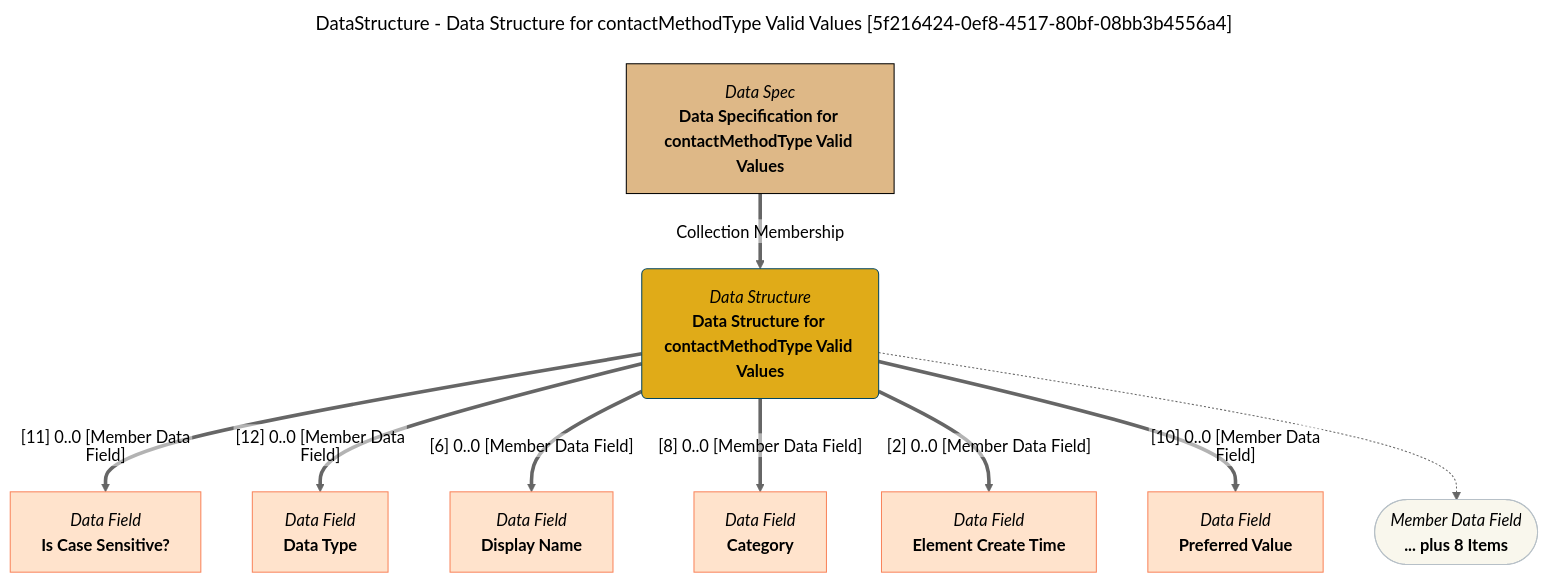
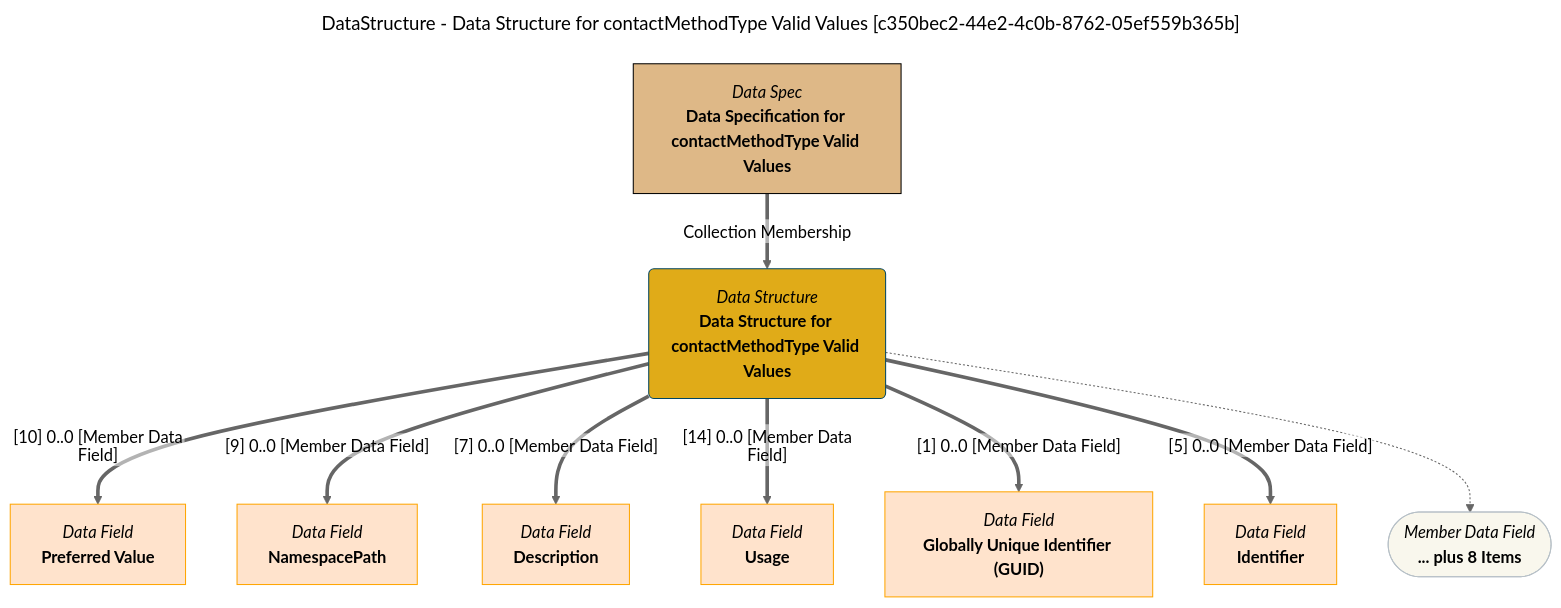
One commit to odpi/egeria-docs changed the diagram in site/snippets/data-structures/data-structure-for-contactmethodtype-valid-values-mermaid-graph.md. Above: the diagram before and after it, drawn with Mermaid (neutral theme). The commit also changed 2201 other files, not shown here.

````diff
--- a/site/snippets/data-structures/data-structure-for-contactmethodtype-valid-values-mermaid-graph.md
+++ b/site/snippets/data-structures/data-structure-for-contactmethodtype-valid-values-mermaid-graph.md
@@ -1,43 +1,43 @@
 ```mermaid
 ---
-title: DataStructure - Data Structure for contactMethodType Valid Values [5f216424-0ef8-4517-80bf-08bb3b4556a4]
+title: DataStructure - Data Structure for contactMethodType Valid Values [c350bec2-44e2-4c0b-8762-05ef559b365b]
 ---
 flowchart TD
 %%{init: {"flowchart": {"htmlLabels": false}} }%%
 
 1@{ shape: rounded, label: "*Data Structure*
 **Data Structure for contactMethodType Valid Values**"}
 2@{ shape: rect, label: "*Data Spec*
 **Data Specification for contactMethodType Valid Values**"}
 2==>|"Collection Membership"|1
 3@{ shape: rect, label: "*Data Field*
-**Is Case Sensitive?**"}
-1==>|"[11] 0..0 [Member Data Field]"|3
+**Preferred Value**"}
+1==>|"[10] 0..0 [Member Data Field]"|3
 4@{ shape: rect, label: "*Data Field*
-**Data Type**"}
-1==>|"[12] 0..0 [Member Data Field]"|4
+**NamespacePath**"}
+1==>|"[9] 0..0 [Member Data Field]"|4
 5@{ shape: rect, label: "*Data Field*
-**Display Name**"}
-1==>|"[6] 0..0 [Member Data Field]"|5
+**Description**"}
+1==>|"[7] 0..0 [Member Data Field]"|5
 6@{ shape: rect, label: "*Data Field*
-**Category**"}
-1==>|"[8] 0..0 [Member Data Field]"|6
+**Usage**"}
+1==>|"[14] 0..0 [Member Data Field]"|6
 7@{ shape: rect, label: "*Data Field*
-**Element Create Time**"}
-1==>|"[2] 0..0 [Member Data Field]"|7
+**Globally Unique Identifier (GUID)**"}
+1==>|"[1] 0..0 [Member Data Field]"|7
 8@{ shape: rect, label: "*Data Field*
-**Preferred Value**"}
-1==>|"[10] 0..0 [Member Data Field]"|8
+**Identifier**"}
+1==>|"[5] 0..0 [Member Data Field]"|8
 9@{ shape: stadium, label: "*Member Data Field*
 **... plus 8 Items**"}
 1-.->9
 style 1 color:#000000, fill:#e0ab18, stroke:#004563
-style 2 color:#000000, fill:#deb887, stroke:#000000
-style 3 color:#000000, fill:#ffe3cc, stroke:#f9845b
-style 4 color:#000000, fill:#ffe3cc, stroke:#f9845b
-style 5 color:#000000, fill:#ffe3cc, stroke:#f9845b
-style 6 color:#000000, fill:#ffe3cc, stroke:#f9845b
-style 7 color:#000000, fill:#ffe3cc, stroke:#f9845b
-style 8 color:#000000, fill:#ffe3cc, stroke:#f9845b
+style 2 color:#000000, fill:#DEB887, stroke:#000000
+style 3 color:#000000, fill:#ffe3cc, stroke:#FFA500
+style 4 color:#000000, fill:#ffe3cc, stroke:#FFA500
+style 5 color:#000000, fill:#ffe3cc, stroke:#FFA500
+style 6 color:#000000, fill:#ffe3cc, stroke:#FFA500
+style 7 color:#000000, fill:#ffe3cc, stroke:#FFA500
+style 8 color:#000000, fill:#ffe3cc, stroke:#FFA500
 style 9 color:#000000, fill:#F9F7ED, stroke:#b7c0c7
 ```
````
